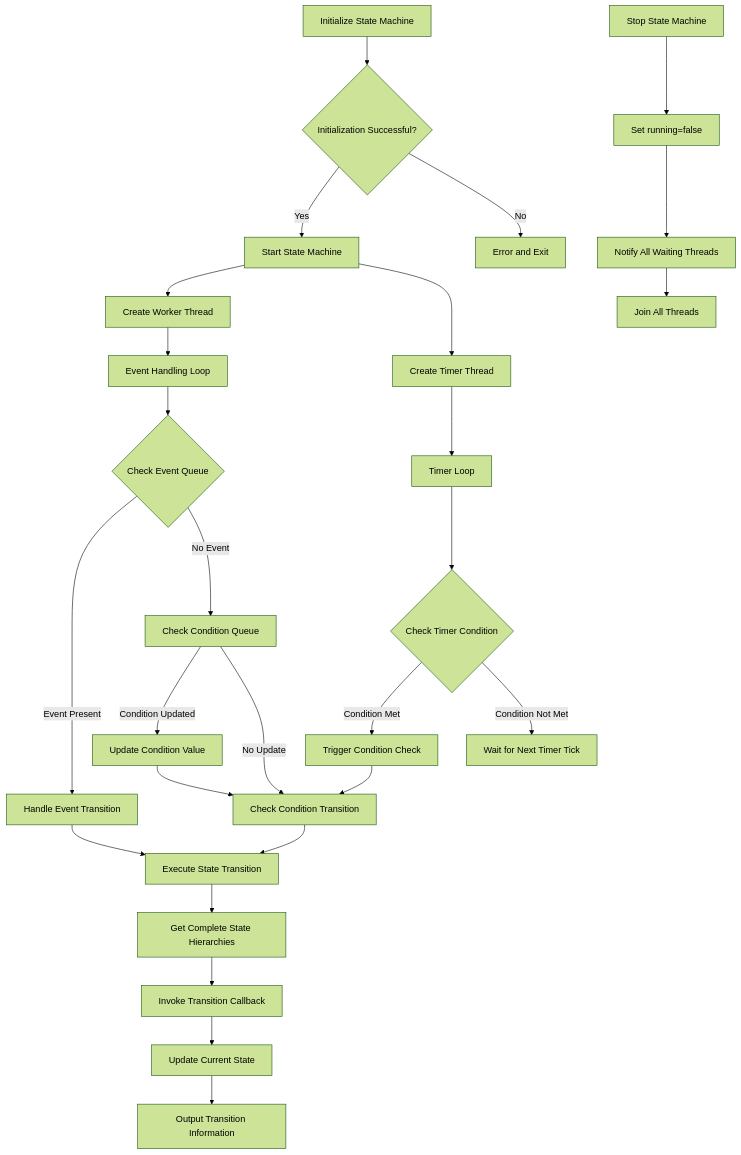
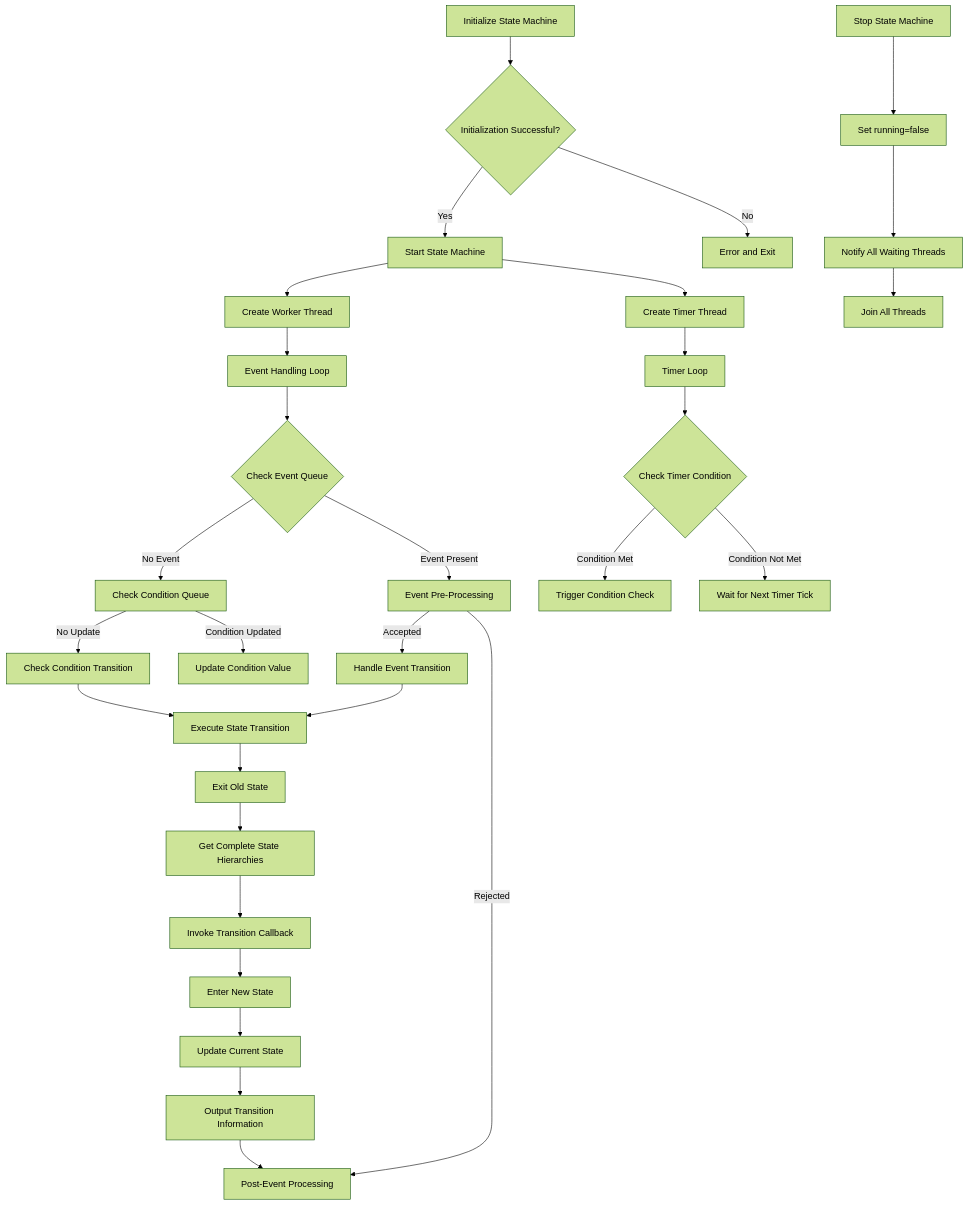
One commit to JUSTLIKEHU/StateMachine_Frame changed the diagram in README.md. Above: the diagram before and after it, drawn with Mermaid (forest theme). The commit also changed other lines of this file and 2 other files, not shown here.

Commit message:
[feature] Add a complete event handling process.

````diff
--- a/README.md
+++ b/README.md
@@ -223,36 +299,38 @@
 ```mermaid
 graph TD
   A[Initialize State Machine] --> B{Initialization Successful?}
   B -->|Yes| C[Start State Machine]
   B -->|No| D[Error and Exit]
   
   C --> E[Create Worker Thread]
   C --> F[Create Timer Thread]
   
   E --> G[Event Handling Loop]
   G --> H{Check Event Queue}
-  H -->|Event Present| I[Handle Event Transition]
+  H -->|Event Present| I0[Event Pre-Processing]
+  I0 -->|Accepted| I[Handle Event Transition]
+  I0 -->|Rejected| I2[Post-Event Processing]
   H -->|No Event| J[Check Condition Queue]
   
   J -->|Condition Updated| K[Update Condition Value]
   J -->|No Update| L[Check Condition Transition]
   
   F --> M[Timer Loop]
   M --> N{Check Timer Condition}
   N -->|Condition Met| O[Trigger Condition Check]
   N -->|Condition Not Met| P[Wait for Next Timer Tick]
   
-  I --> Q[Execute State Transition]
-  K --> L
-  L --> Q
-  O --> L
-  
-  Q --> R1[Get Complete State Hierarchies]
-  R1 --> R2[Invoke Transition Callback]
-  R2 --> S[Update Current State]
+  I --> Q0[Execute State Transition]
+  L --> Q0
+  Q0 --> Q1[Exit Old State]
+  Q1 --> Q[Get Complete State Hierarchies]
+  Q --> R[Invoke Transition Callback]
+  R --> S0[Enter New State]
+  S0 --> S[Update Current State]
   S --> T[Output Transition Information]
+  T --> I2[Post-Event Processing]
   
   Z[Stop State Machine] --> Z1[Set running=false]
   Z1 --> Z2[Notify All Waiting Threads]
   Z2 --> Z3[Join All Threads]
 ```
````
